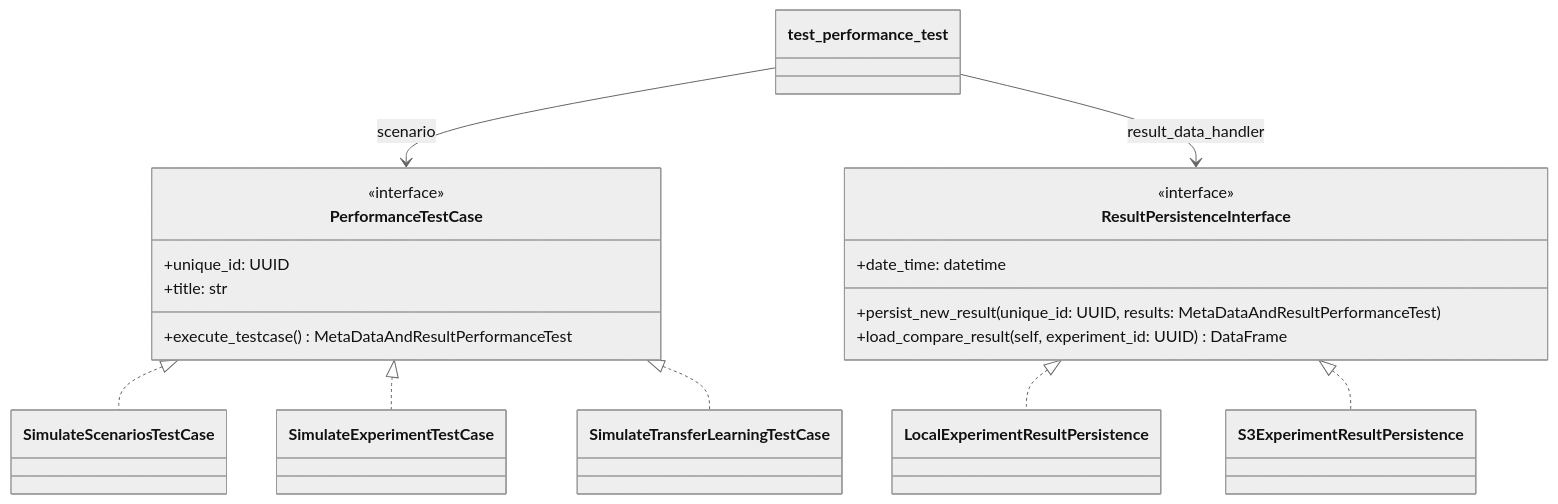
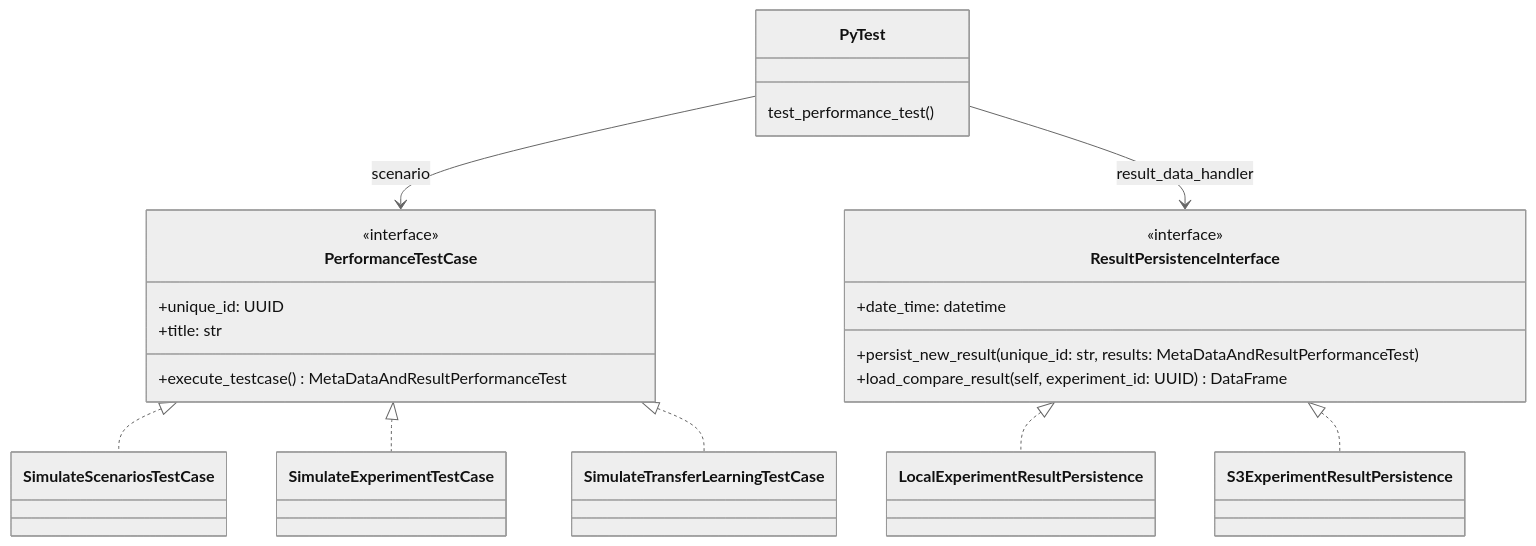
One commit to fabianliebig/baybe_dev changed the diagram in tests/performance_tests/README.md. Above: the diagram before and after it, drawn with Mermaid (neutral theme). The commit also changed other lines of this file and 1 other file, not shown here.

Commit message:
Saving the organization where the workflow was stared and from whom

````diff
--- a/tests/performance_tests/README.md
+++ b/tests/performance_tests/README.md
@@ -13,27 +13,31 @@
 ```mermaid
 classDiagram
     direction TB
     class PerformanceTestCase {
         <<interface>>
         +execute_testcase() MetaDataAndResultPerformanceTest
         +unique_id: UUID
         +title: str
     }
 
     class ResultPersistenceInterface {
         <<interface>>
         +date_time: datetime
-        +persist_new_result(unique_id: UUID, results: MetaDataAndResultPerformanceTest)
+        +persist_new_result(unique_id: str, results: MetaDataAndResultPerformanceTest)
         +load_compare_result(self, experiment_id: UUID) DataFrame
+    }
+
+    class PyTest {
+        test_performance_test()
     }
 
     PerformanceTestCase <|.. SimulateScenariosTestCase
     PerformanceTestCase <|.. SimulateExperimentTestCase
     PerformanceTestCase <|.. SimulateTransferLearningTestCase
 
     ResultPersistenceInterface <|.. LocalExperimentResultPersistence
     ResultPersistenceInterface <|.. S3ExperimentResultPersistence
 
-    test_performance_test --> PerformanceTestCase : scenario
-    test_performance_test --> ResultPersistenceInterface : result_data_handler
+    PyTest --> PerformanceTestCase : scenario
+    PyTest --> ResultPersistenceInterface : result_data_handler
 ```
````
